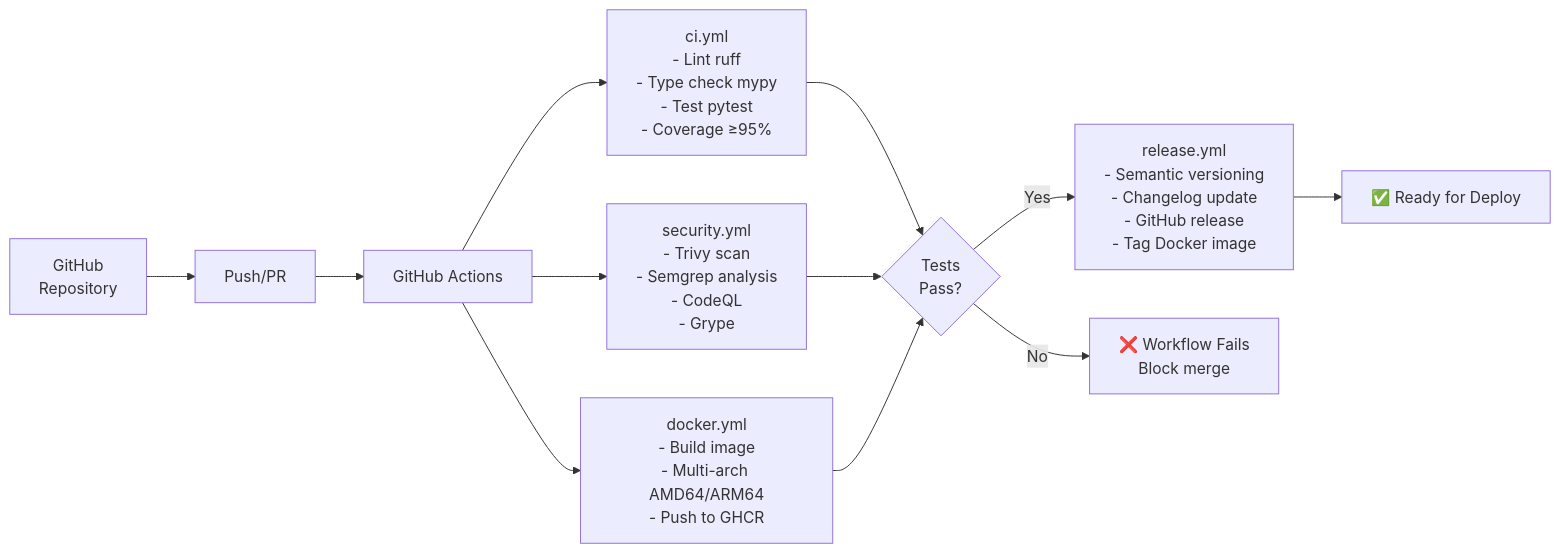
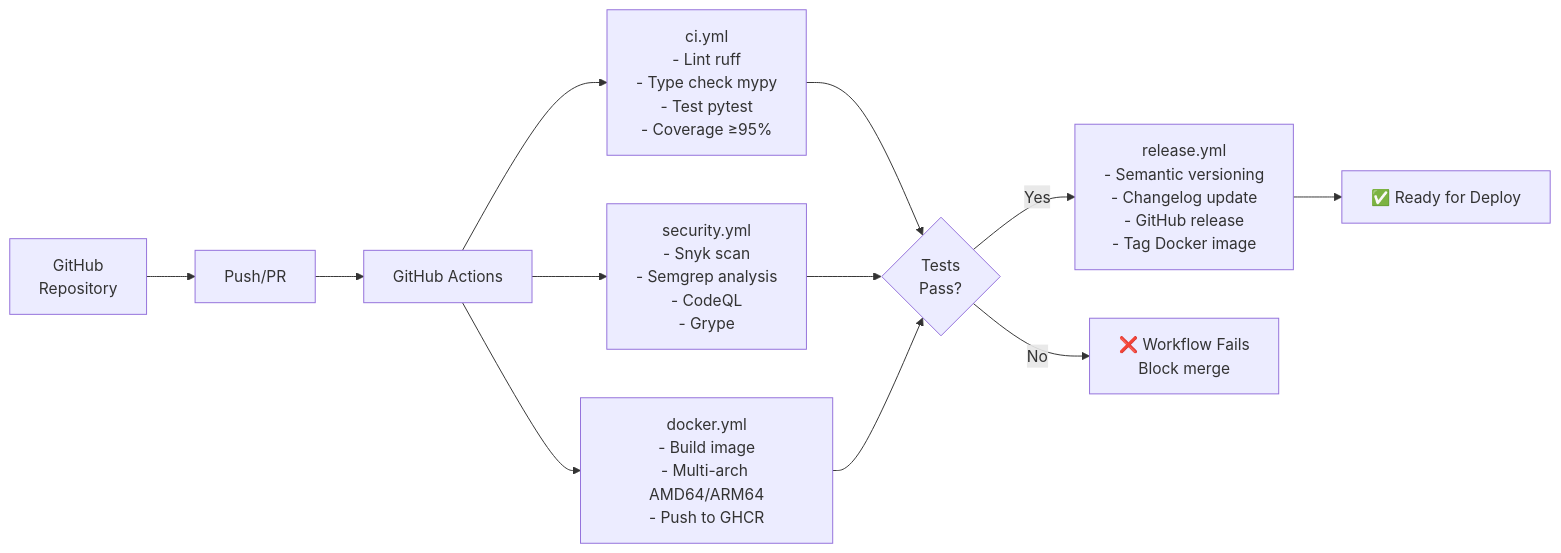
One commit to djr747/external-dns-technitium-webhook changed the eighth of 10 diagrams in docs/architecture/ARCHITECTURE.md. Above: the diagram before and after it, drawn with Mermaid. The commit also changed other lines of this file and 11 other files, not shown here.

````diff
--- a/docs/architecture/ARCHITECTURE.md
+++ b/docs/architecture/ARCHITECTURE.md
@@ -328,18 +328,18 @@
 ```mermaid
 graph LR
     Repo["GitHub<br/>Repository"] --> Push["Push/PR"]
     Push --> Actions["GitHub Actions"]
     
     Actions --> CI["ci.yml<br/>- Lint ruff<br/>- Type check mypy<br/>- Test pytest<br/>- Coverage ≥95%"]
-    Actions --> Security["security.yml<br/>- Trivy scan<br/>- Semgrep analysis<br/>- CodeQL<br/>- Grype"]
+    Actions --> Security["security.yml<br/>- Snyk scan<br/>- Semgrep analysis<br/>- CodeQL<br/>- Grype"]
     Actions --> Docker["docker.yml<br/>- Build image<br/>- Multi-arch AMD64/ARM64<br/>- Push to GHCR"]
     
     CI --> Test{Tests<br/>Pass?}
     Security --> Test
     Docker --> Test
     
     Test -->|Yes| Release["release.yml<br/>- Semantic versioning<br/>- Changelog update<br/>- GitHub release<br/>- Tag Docker image"]
     Test -->|No| Fail["❌ Workflow Fails<br/>Block merge"]
     
     Release --> Deploy["✅ Ready for Deploy"]
 ```
````
